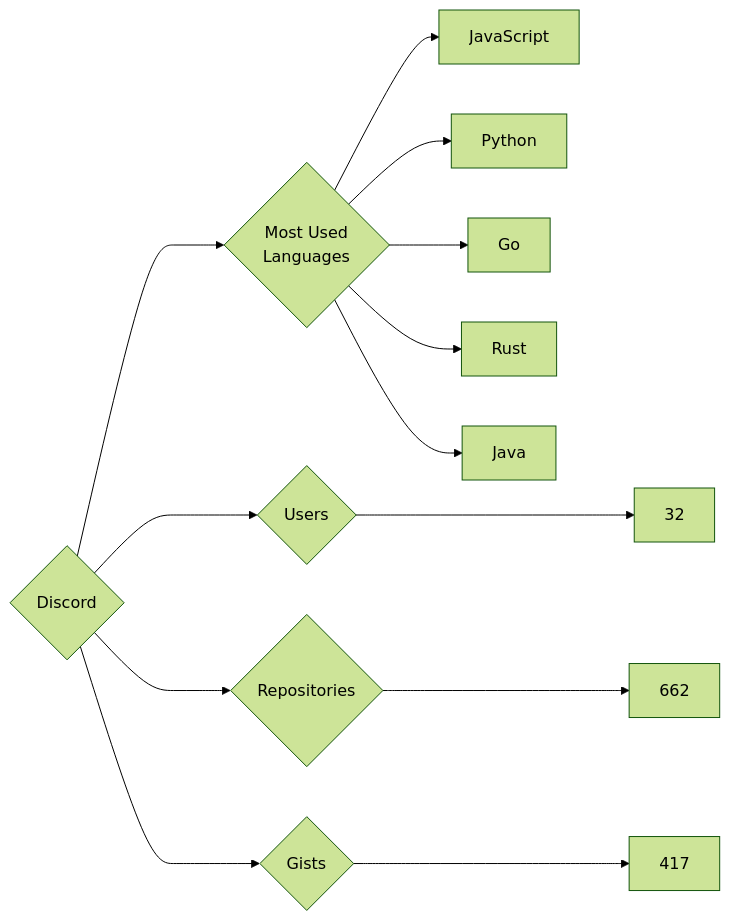
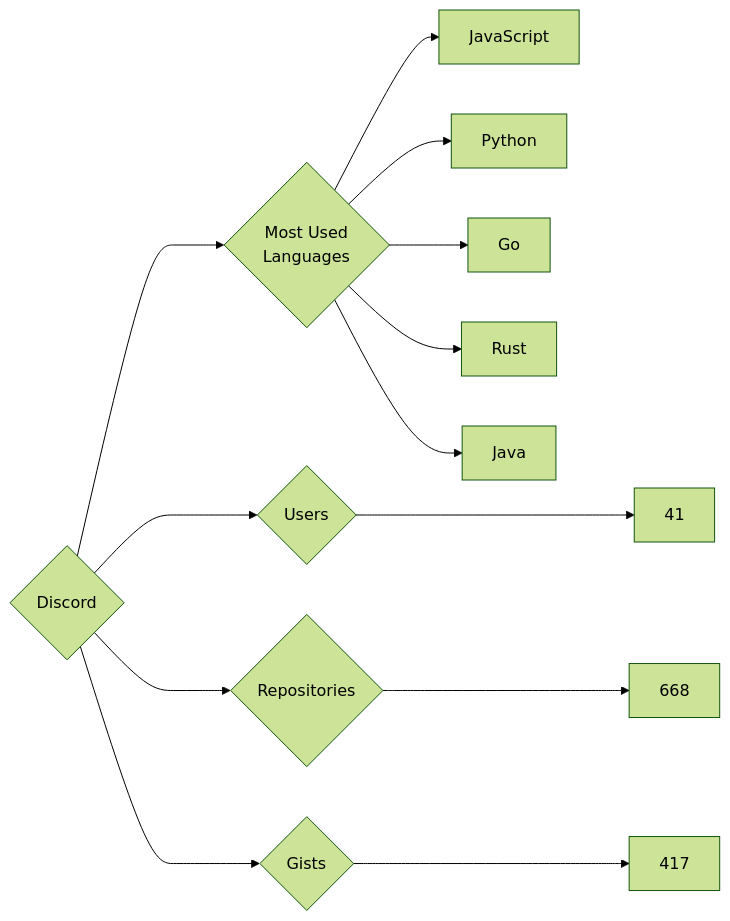
The diagram in targets/Discord/README.md (trickest/insiders), drawn with Mermaid (forest theme) before and after one commit. The commit also changed 714 other files, not shown here.

````diff
--- a/targets/Discord/README.md
+++ b/targets/Discord/README.md
@@ -3,13 +3,13 @@
 ```mermaid
 graph LR
 COMPANY_NAME{Discord}
-COMPANY_NAME ---> U{Users} ---> UN[32]
-COMPANY_NAME ---> R{Repositories} ---> RN[662]
+COMPANY_NAME ---> U{Users} ---> UN[41]
+COMPANY_NAME ---> R{Repositories} ---> RN[668]
 COMPANY_NAME ---> G{Gists} ---> GN[417]
 COMPANY_NAME ---> ML{Most Used<br>Languages}
 ML --> JavaScript[JavaScript]
 ML --> Python[Python]
 ML --> Go[Go]
 ML --> Rust[Rust]
 ML --> Java[Java]
 ```
````
